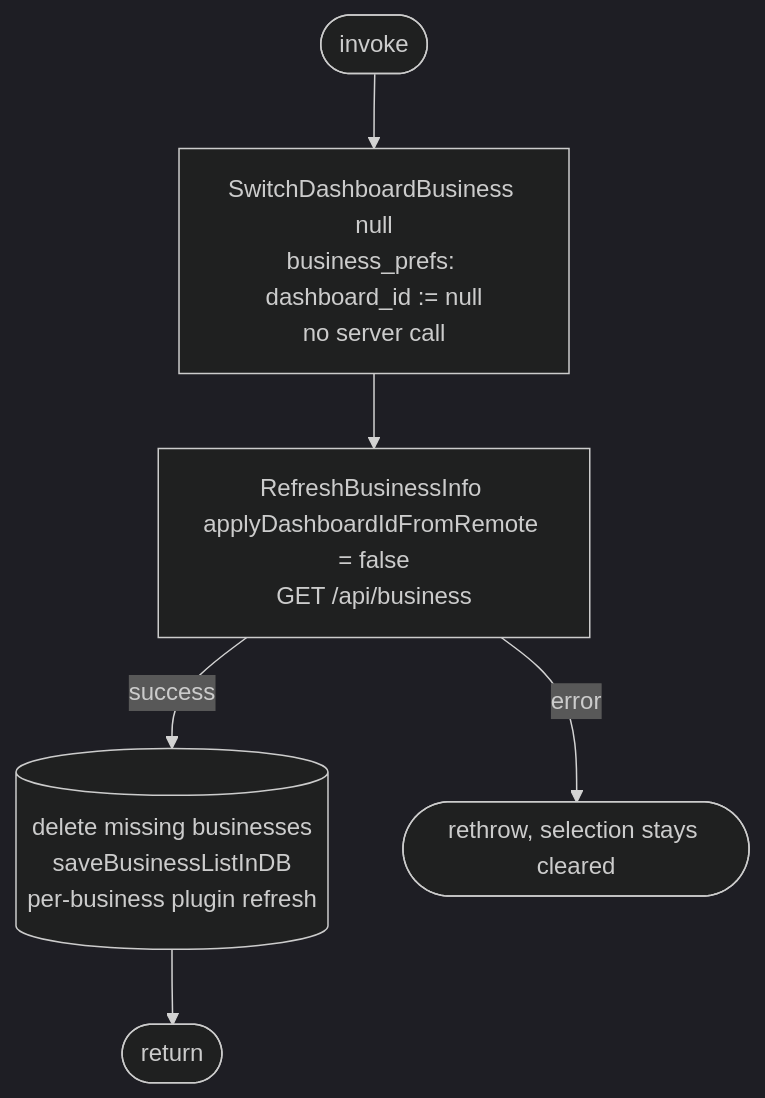
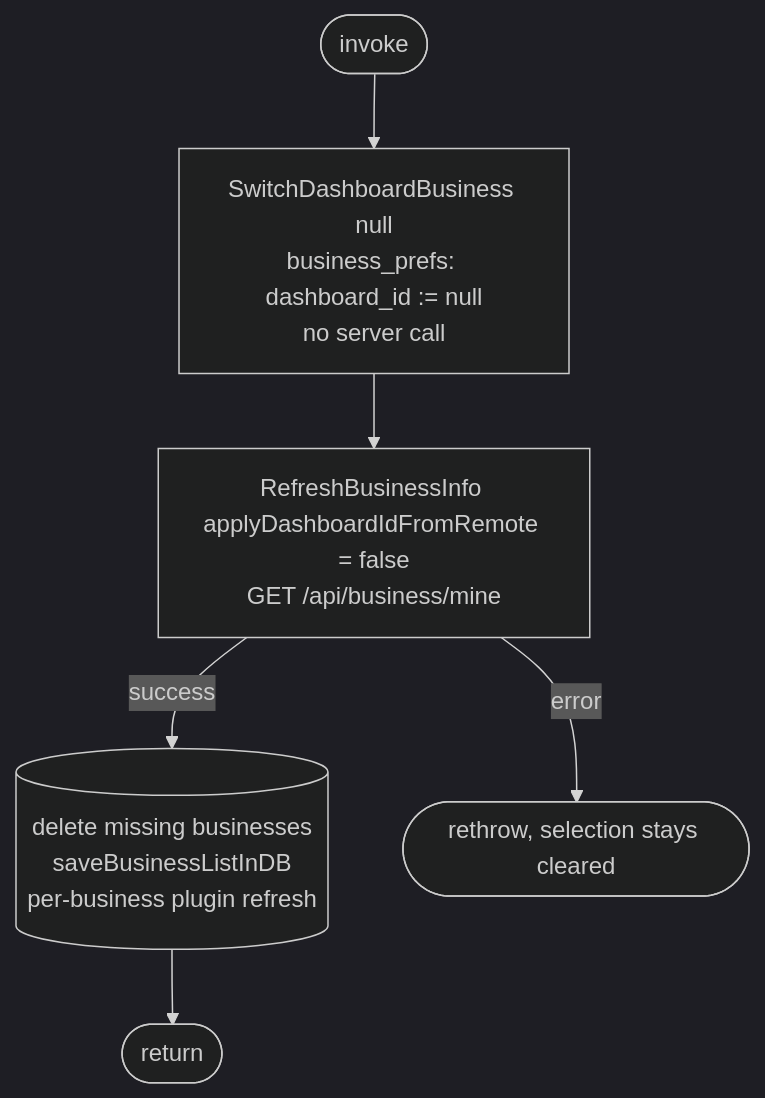
One commit to nocturneproperties/bookkme-client changed the diagram in docs/operations/authorization/initiate-business-suspend.md. Above: the diagram before and after it, drawn with Mermaid (dark theme). The commit also changed other lines of this file and 33 other files, not shown here.

````diff
--- a/docs/operations/authorization/initiate-business-suspend.md
+++ b/docs/operations/authorization/initiate-business-suspend.md
@@ -26,8 +26,8 @@
 ```mermaid
 flowchart TD
     Start([invoke]) --> Clear[SwitchDashboardBusiness null<br/>business_prefs: dashboard_id := null<br/>no server call]
-    Clear --> Refresh[RefreshBusinessInfo applyDashboardIdFromRemote = false<br/>GET /api/business]
+    Clear --> Refresh[RefreshBusinessInfo applyDashboardIdFromRemote = false<br/>GET /api/business/mine]
     Refresh -- success --> Save[(delete missing businesses<br/>saveBusinessListInDB<br/>per-business plugin refresh)]
     Save --> R([return])
     Refresh -- error --> EX([rethrow, selection stays cleared])
 ```
````
